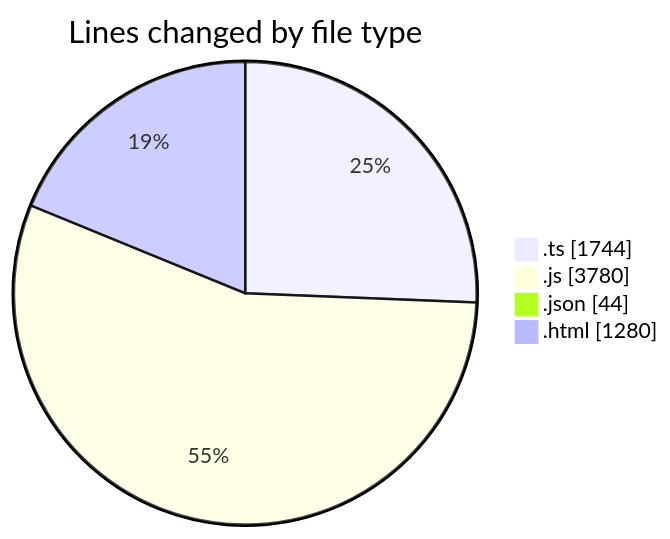
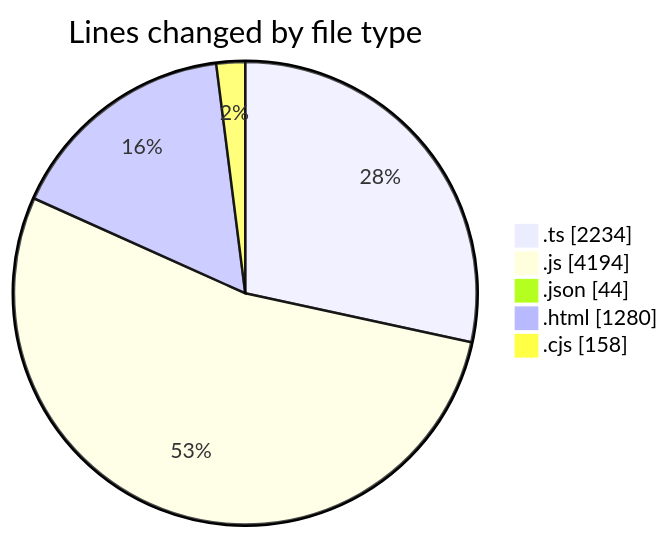
Before and after one commit to tmsrecording-cyber/code-tracking: the first of 2 diagrams in 2026-04-15/ai_news_simple/README.md, drawn with Mermaid. The commit also changed other lines of this file and 1 other file, not shown here.

````diff
--- a/2026-04-15/ai_news_simple/README.md
+++ b/2026-04-15/ai_news_simple/README.md
@@ -34,8 +38,9 @@
 ```mermaid
 pie showData
 title Lines changed by file type
-".ts" : 1744
-".js" : 3780
+".ts" : 2234
+".js" : 4194
 ".json" : 44
 ".html" : 1280
+".cjs" : 158
 ```
````
